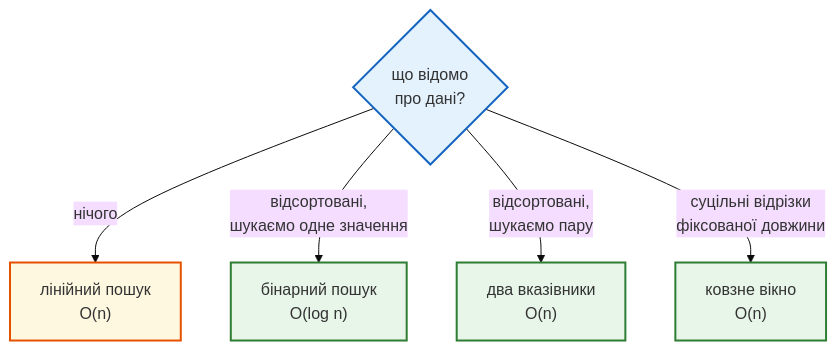
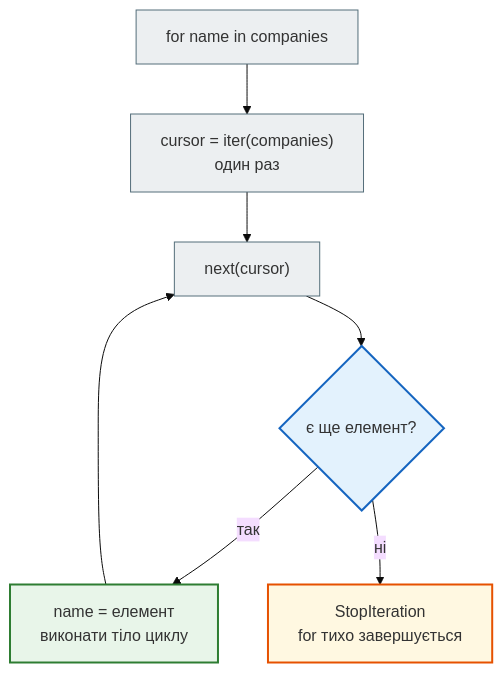
One commit to AlinaRadchenko/PY-Course-Victor-Nikoriak-22-09-2026 changed the first of 3 diagrams in docs/modules/m1/lesson_11.md. Above: the diagram before and after it, drawn with Mermaid (base theme). The commit also changed other lines of this file and 1846 other files, not shown here.

````diff
--- a/docs/modules/m1/lesson_11.md
+++ b/docs/modules/m1/lesson_11.md
@@ -37,17 +83,20 @@
 ```mermaid
 flowchart TD
     classDef step     fill:#eceff1,stroke:#546e7a,stroke-width:1px;
     classDef decision fill:#e3f2fd,stroke:#1565c0,stroke-width:2px;
     classDef success  fill:#e8f5e9,stroke:#2e7d32,stroke-width:2px;
     classDef error    fill:#ffebee,stroke:#c62828,stroke-width:3px;
     classDef warning  fill:#fff8e1,stroke:#e65100,stroke-width:2px;
 
-    Q{"що відомо<br>про дані?"} -- нічого --> L["лінійний пошук<br>O(n)"]
-    Q -- відсортовані,<br>шукаємо одне значення --> B["бінарний пошук<br>O(log n)"]
-    Q -- відсортовані,<br>шукаємо пару --> T["два вказівники<br>O(n)"]
-    Q -- суцільні відрізки<br>фіксованої довжини --> W["ковзне вікно<br>O(n)"]
+    A["for name in companies"] --> B["cursor = iter(companies)<br>один раз"]
+    B --> C["next(cursor)"]
+    C --> D{"є ще елемент?"}
+    D -- так --> E["name = елемент<br>виконати тіло циклу"]
+    E --> C
+    D -- ні --> F["StopIteration<br>for тихо завершується"]
 
-    class Q decision
-    class L warning
-    class B,T,W success
+    class A,B,C step
+    class D decision
+    class E success
+    class F warning
 ```
````
